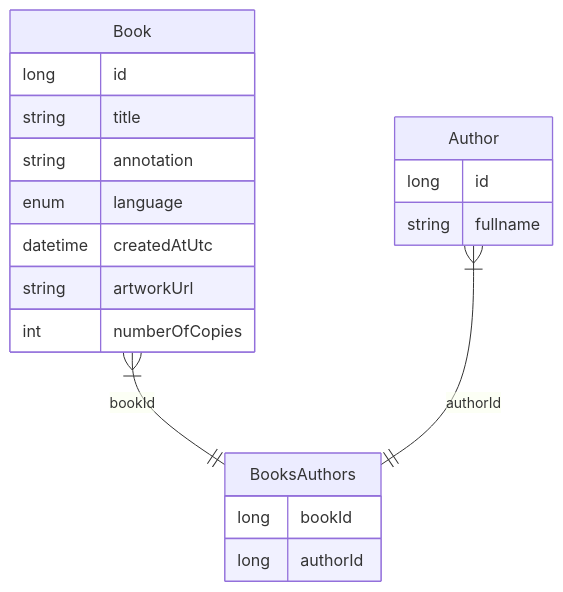
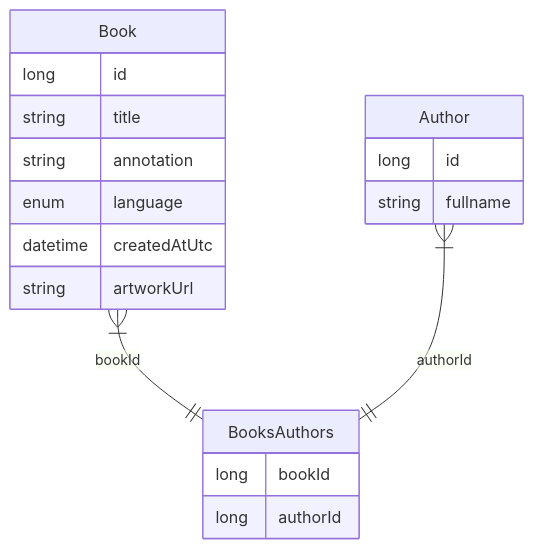
One commit to TourmalineCore/inner-circle-books-api changed the diagram in README.md. Above: the diagram before and after it, drawn with Mermaid.

Commit message:
feat: remove book copies for this iteration

````diff
--- a/README.md
+++ b/README.md
@@ -4,22 +4,21 @@
 ```mermaid
 erDiagram
 Book{
   long id
   string title
   string annotation
   enum language
   datetime createdAtUtc
   string artworkUrl
-  int numberOfCopies
 }
 Author{
   long id
   string fullname
 }
 BooksAuthors{
     long bookId
     long authorId
 }
 Book }|--|| BooksAuthors: bookId
 Author }|--|| BooksAuthors: authorId
 ```
````
